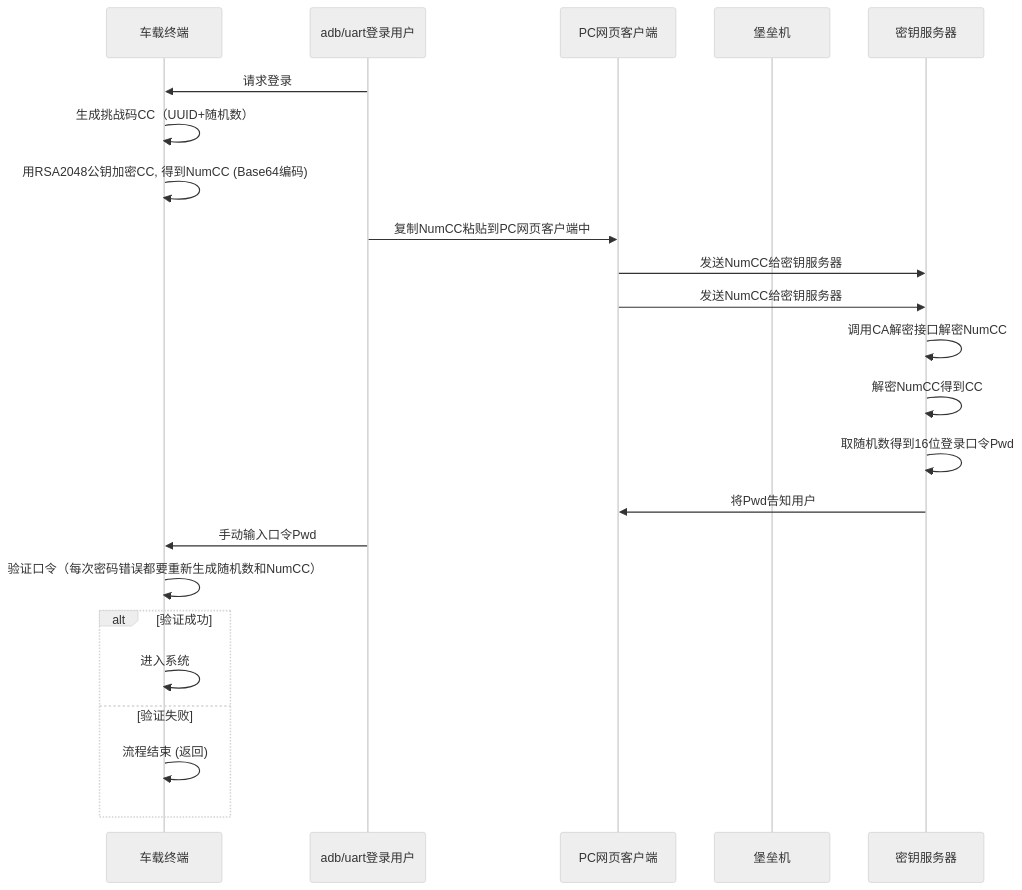
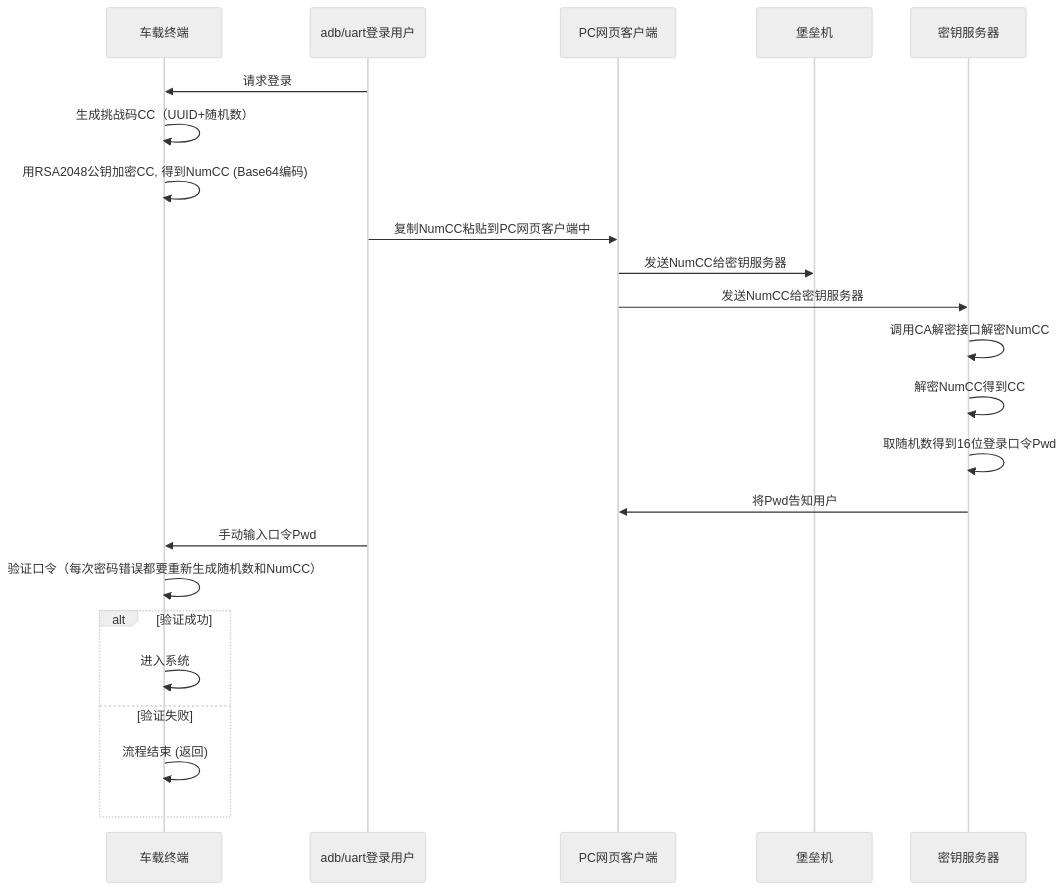
Before and after one commit to facebook-cloud/iodraw-files: the diagram in all/未命名-16.md, drawn with Mermaid (neutral theme).

Commit message:
2026-02-05 18:04:29 update

````diff
--- a/all/未命名-16.md
+++ b/all/未命名-16.md
@@ -1,29 +1,29 @@
 ```mermaid
 sequenceDiagram
     participant tbox as 车载终端
     participant user as adb/uart登录用户
     participant pc as PC网页客户端
     participant bastion as 堡垒机
     participant tech_center as 密钥服务器
   
 
     user->>tbox: 请求登录
     tbox->>tbox: 生成挑战码CC（UUID+随机数）
     tbox->>tbox: 用RSA2048公钥加密CC, 得到NumCC (Base64编码)
     user->>pc: 复制NumCC粘贴到PC网页客户端中
-    pc->>tech_center: 发送NumCC给密钥服务器
+    pc->>bastion: 发送NumCC给密钥服务器
     pc->>tech_center: 发送NumCC给密钥服务器
     tech_center->>tech_center: 调用CA解密接口解密NumCC
     tech_center->>tech_center: 解密NumCC得到CC
     tech_center->>tech_center: 取随机数得到16位登录口令Pwd
     tech_center->>pc: 将Pwd告知用户
     user->>tbox: 手动输入口令Pwd
     tbox->>tbox: 验证口令（每次密码错误都要重新生成随机数和NumCC）
     alt 验证成功
         tbox->>tbox: 进入系统
     else 验证失败
         tbox->>tbox: 流程结束 (返回)
     end
 
 
 ```
````
